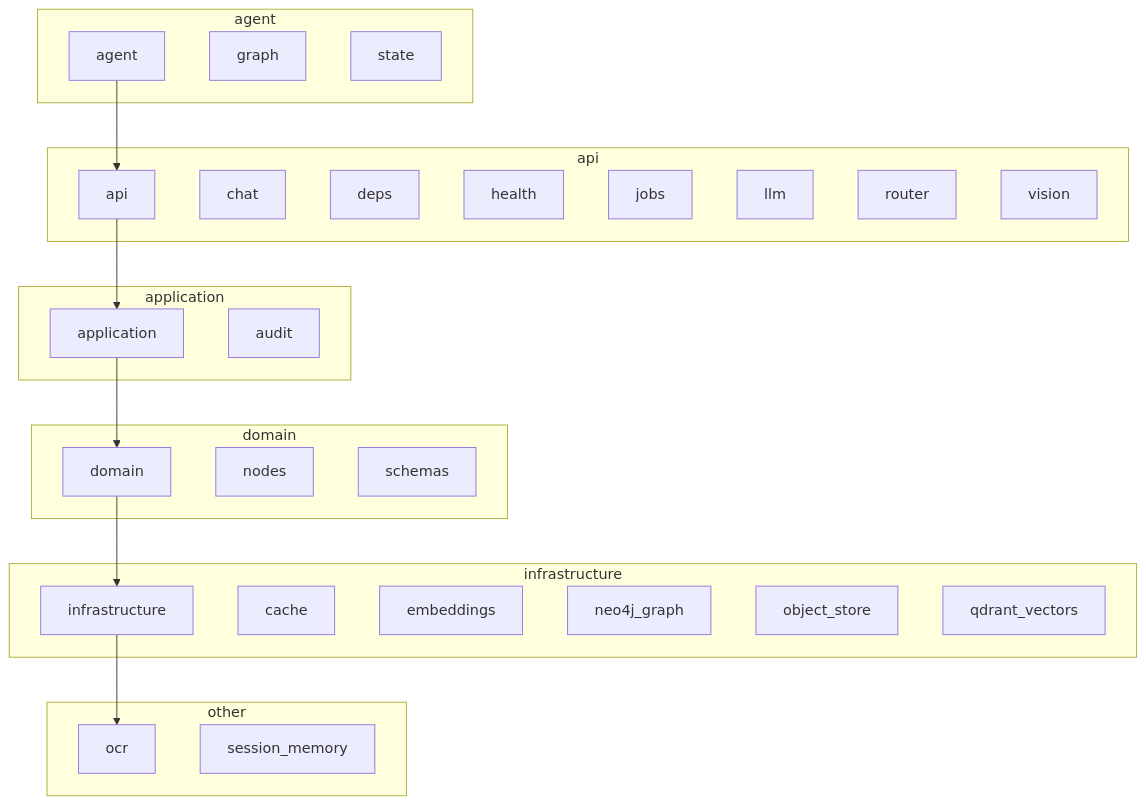
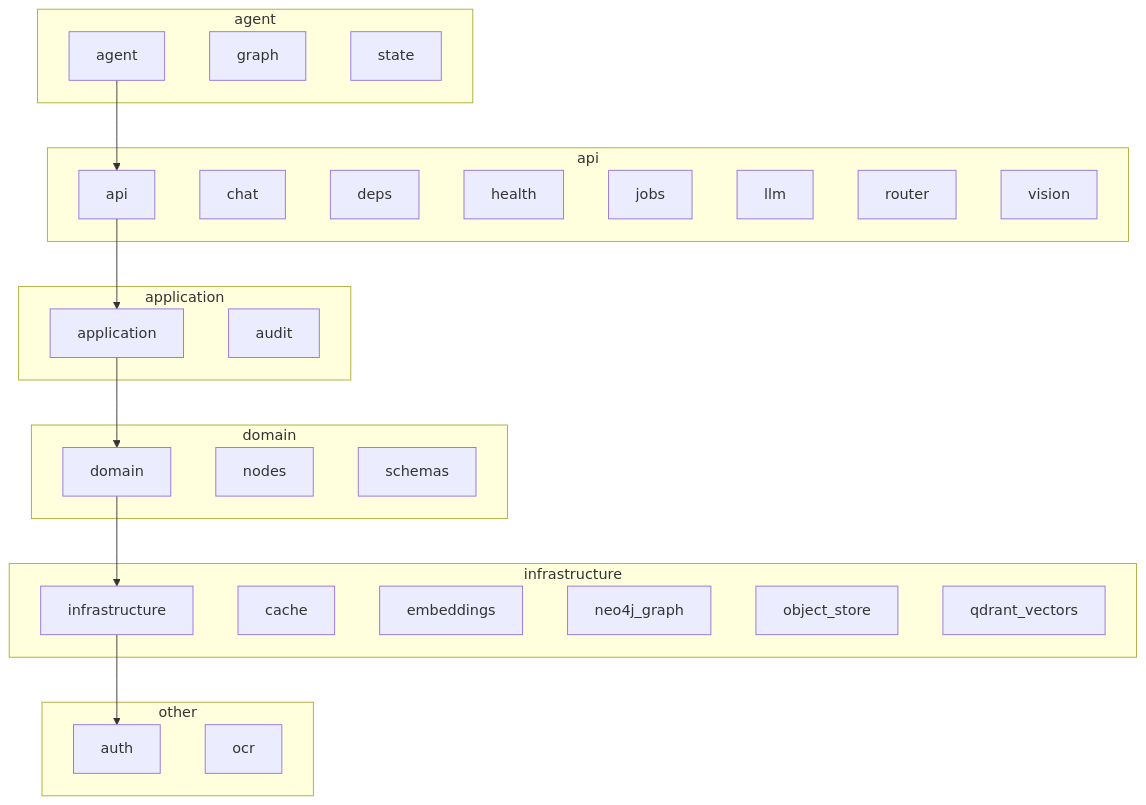
One commit to YuesIt17/yuit-docs-ai-architect-platform changed the diagram in architecture/diagrams/sources/gen/python-packages.mmd. Above: the diagram before and after it, drawn with Mermaid. The commit also changed 24 other files, not shown here.

First line of the commit message:
docs: add ADR-010 for real login and rebuild the diagrams

```diff
--- a/architecture/diagrams/sources/gen/python-packages.mmd
+++ b/architecture/diagrams/sources/gen/python-packages.mmd
@@ -1,44 +1,44 @@
 %% converted: classDiagram -> layered flowchart for editor preview
 %% note: flat sibling subgraphs; node hubs (Cursor-safe)
 flowchart TB
   subgraph layer_agent [agent]
     agent[agent]
     n_graph[graph]
     state[state]
   end
   subgraph layer_api [api]
     api[api]
     chat[chat]
     deps[deps]
     health[health]
     jobs[jobs]
     llm[llm]
     router[router]
     vision[vision]
   end
   subgraph layer_app [application]
     application[application]
     audit[audit]
   end
   subgraph layer_domain [domain]
     domain[domain]
     nodes[nodes]
     schemas[schemas]
   end
   subgraph layer_infra [infrastructure]
     infrastructure[infrastructure]
     cache[cache]
     embeddings[embeddings]
     neo4j_graph[neo4j_graph]
     object_store[object_store]
     qdrant_vectors[qdrant_vectors]
   end
   subgraph layer_other [other]
+    auth[auth]
     ocr[ocr]
-    session_memory[session_memory]
   end
   agent --> api
   api --> application
   application --> domain
   domain --> infrastructure
-  infrastructure --> ocr
+  infrastructure --> auth
```
